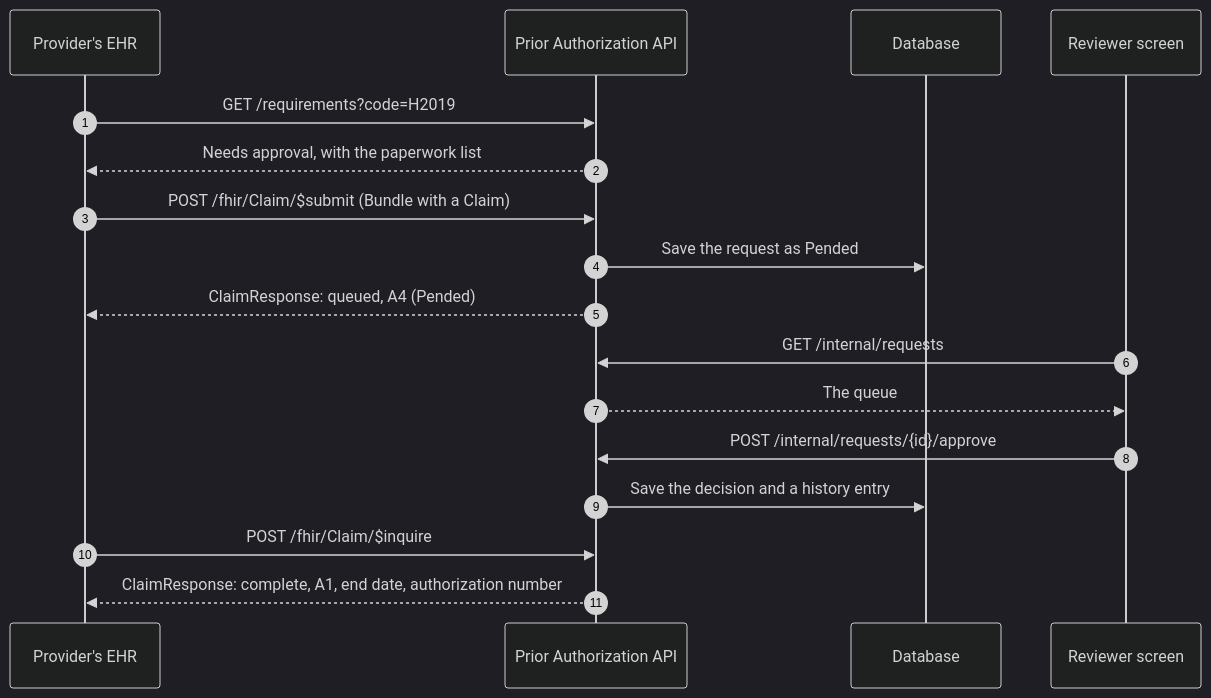
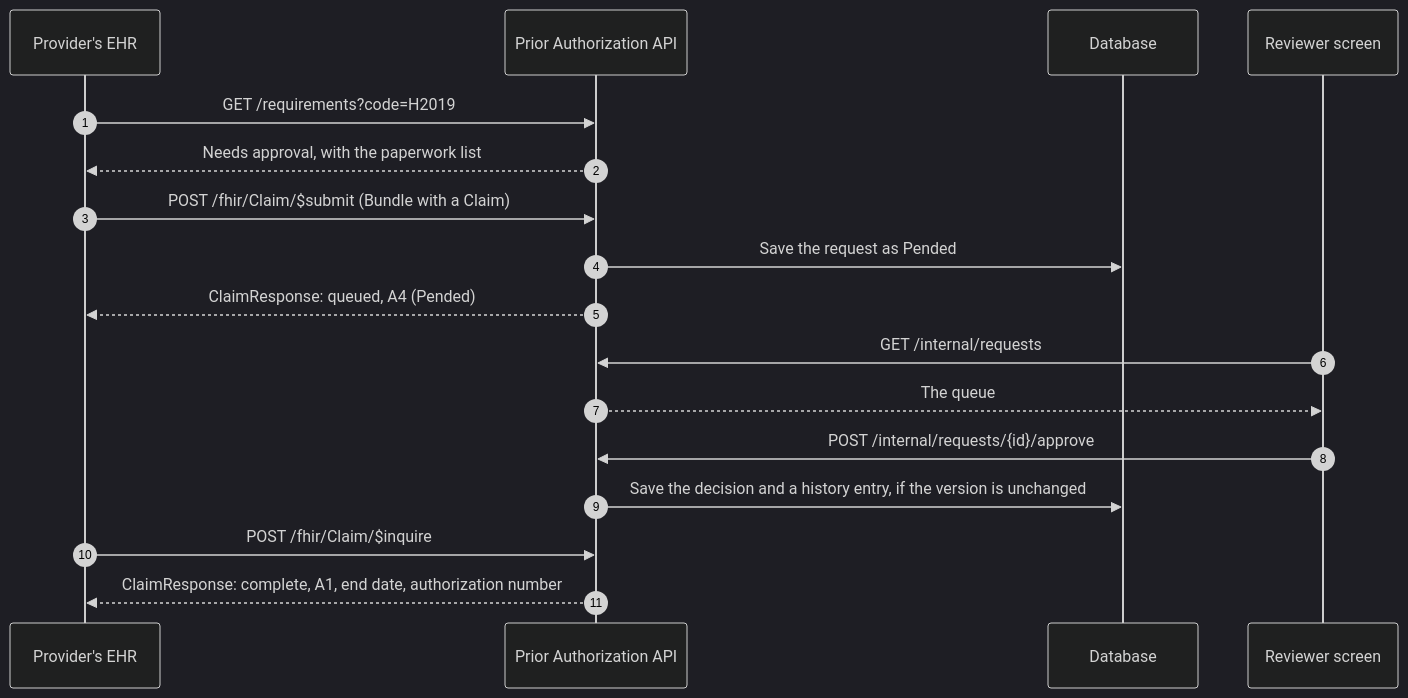
One commit to tngo0508/prior-auth-api changed the first of 4 diagrams in docs/02-how-it-works.md. Above: the diagram before and after it, drawn with Mermaid (dark theme). The commit also changed other lines of this file and 13 other files, not shown here.

````diff
--- a/docs/02-how-it-works.md
+++ b/docs/02-how-it-works.md
@@ -5,20 +5,20 @@
 ```mermaid
 sequenceDiagram
     autonumber
     participant EHR as Provider's EHR
     participant API as Prior Authorization API
     participant DB as Database
     participant REV as Reviewer screen
 
     EHR->>API: GET /requirements?code=H2019
     API-->>EHR: Needs approval, with the paperwork list
     EHR->>API: POST /fhir/Claim/$submit (Bundle with a Claim)
     API->>DB: Save the request as Pended
     API-->>EHR: ClaimResponse: queued, A4 (Pended)
     REV->>API: GET /internal/requests
     API-->>REV: The queue
     REV->>API: POST /internal/requests/{id}/approve
-    API->>DB: Save the decision and a history entry
+    API->>DB: Save the decision and a history entry, if the version is unchanged
     EHR->>API: POST /fhir/Claim/$inquire
     API-->>EHR: ClaimResponse: complete, A1, end date, authorization number
 ```
````
